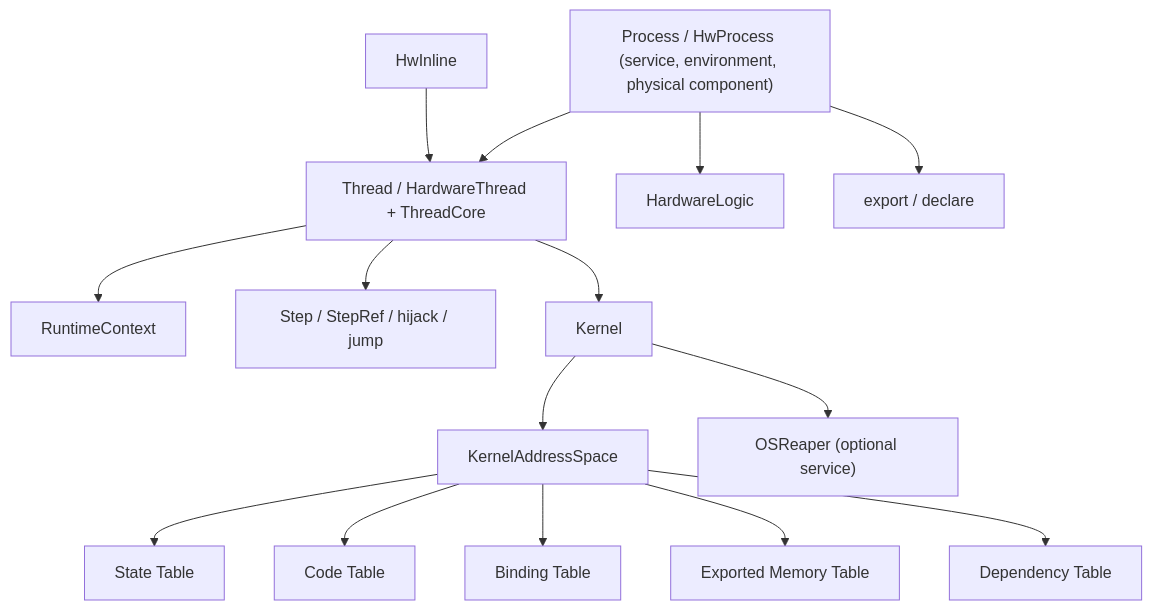
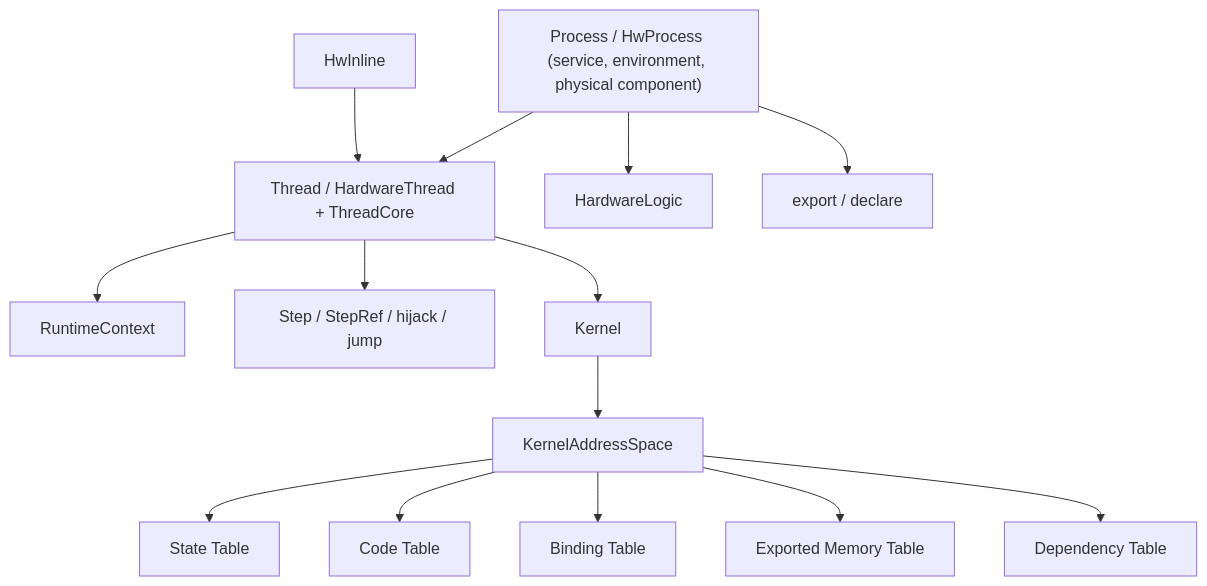
One commit to NullStarfish/HwOS changed the diagram in docs/concepts.md. Above: the diagram before and after it, drawn with Mermaid. The commit also changed other lines of this file and 33 other files, not shown here.

````diff
--- a/docs/concepts.md
+++ b/docs/concepts.md
@@ -11,17 +11,16 @@
 ```mermaid
 graph TD
   P["Process / HwProcess (service, environment, physical component)"] --> T["Thread / HardwareThread + ThreadCore"]
   P --> L["HardwareLogic"]
   P --> E["export / declare"]
   T --> R["RuntimeContext"]
   T --> S["Step / StepRef / hijack / jump"]
   T --> K["Kernel"]
   I["HwInline"] --> T
   K --> AS["KernelAddressSpace"]
   AS --> ST["State Table"]
   AS --> CT["Code Table"]
   AS --> BT["Binding Table"]
   AS --> ET["Exported Memory Table"]
   AS --> DT["Dependency Table"]
-  K --> O["OSReaper (optional service)"]
 ```
````
